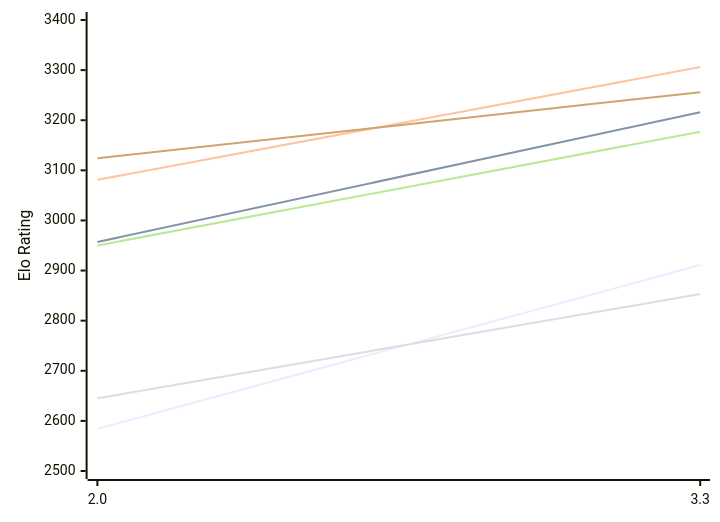
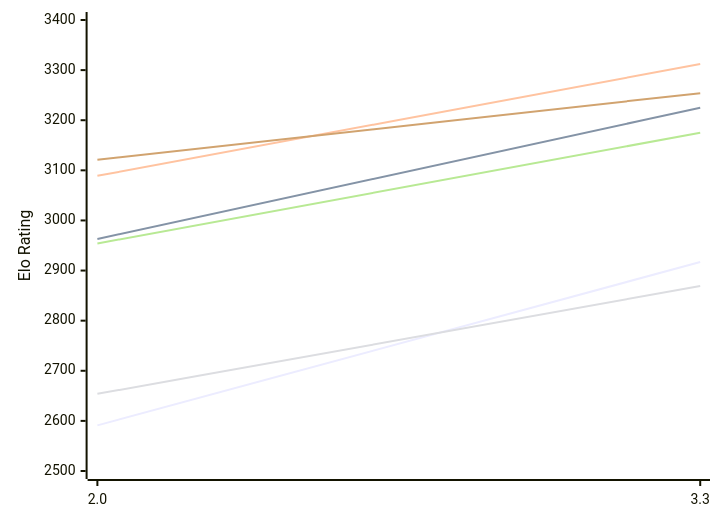
One commit to computer-chess-index/cci changed the first of 2 diagrams in engines/Ceylondemon.md. Above: the diagram before and after it, drawn with Mermaid. The commit also changed other lines of this file, not shown here.

Commit message:
Update CCI Ratings (ELO VLTC) - 2026-11-16

````diff
--- a/engines/Ceylondemon.md
+++ b/engines/Ceylondemon.md
@@ -50,12 +50,12 @@
 ```mermaid
 %%{init: {"theme":"base","themeVariables":{"seriesColors:['#a3a3a3','#222221','#faa371']}}}%%
 xychart-beta
   x-axis ["2.0", "3.3"]
   y-axis "Elo Rating" 2500 --> 3400
-  line "E1: STC (8.0+0.08s)" [2584, 2911]
-  line "E1: LTC (60.0+0.60s)" [2957, 3216]
-  line "E1: VLTC (2m24s+1.12s)" [3081, 3306]
-  line "P1: STC (8.0+0.08s)" [2645, 2853]
-  line "P1: LTC (60.0+0.60s)" [2950, 3177]
-  line "P1: VLTC (2m24s+1.12s)" [3124, 3256]
+  line "E1: STC (8.0+0.08s)" [2591, 2917]
+  line "E1: LTC (60.0+0.60s)" [2963, 3225]
+  line "E1: VLTC (2m24s+1.12s)" [3089, 3312]
+  line "P1: STC (8.0+0.08s)" [2654, 2869]
+  line "P1: LTC (60.0+0.60s)" [2954, 3175]
+  line "P1: VLTC (2m24s+1.12s)" [3121, 3254]
 ```
````
